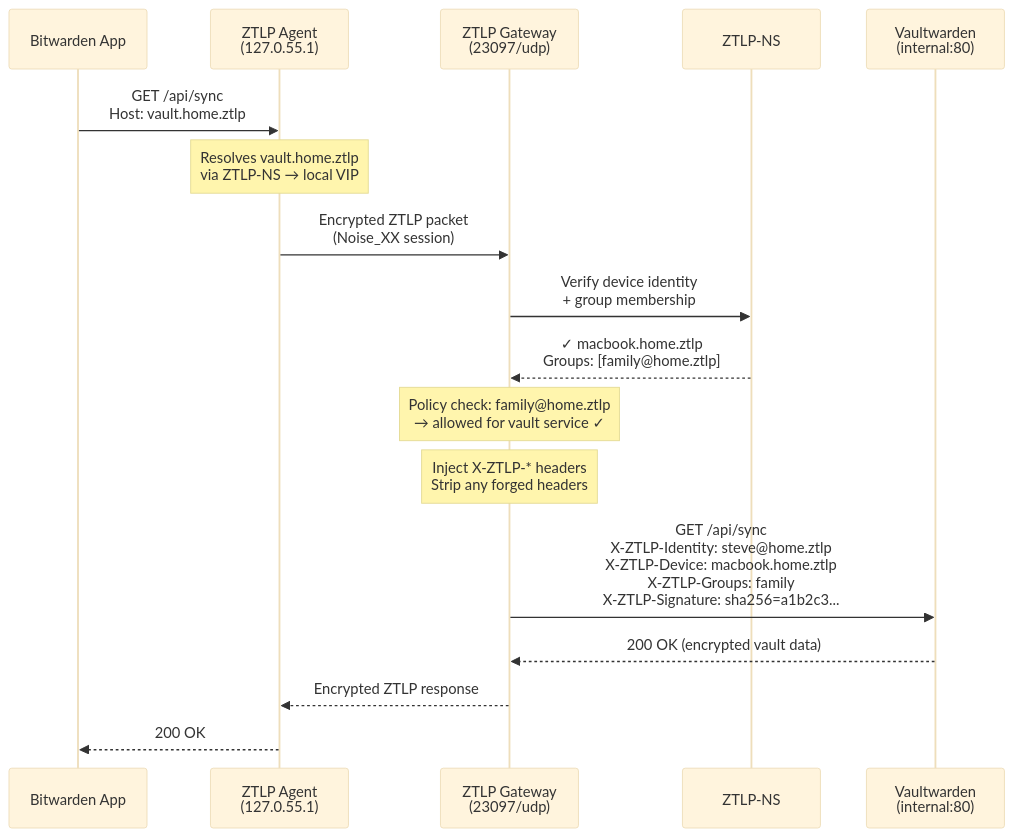
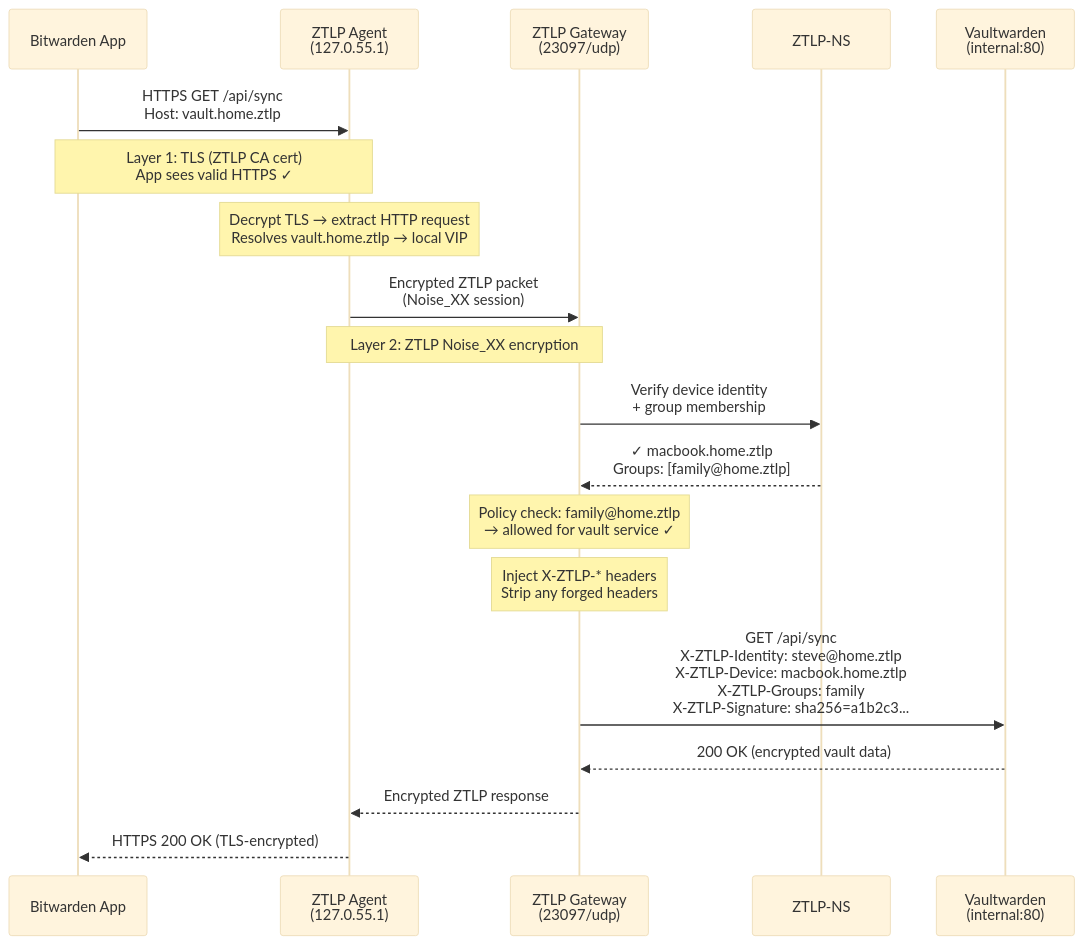
One commit to priceflex/ztlp changed the second of 6 diagrams in examples/vaultwarden/README.md. Above: the diagram before and after it, drawn with Mermaid (base theme). The commit also changed other lines of this file, not shown here.

Commit message:
docs: update Vaultwarden diagram — double encryption, relay in traffic flow, auto cert provisioning

````diff
--- a/examples/vaultwarden/README.md
+++ b/examples/vaultwarden/README.md
@@ -285,20 +316,22 @@
 ```mermaid
 sequenceDiagram
     participant BW as Bitwarden App
     participant Agent as ZTLP Agent<br/>(127.0.55.1)
     participant GW as ZTLP Gateway<br/>(23097/udp)
     participant NS as ZTLP-NS
     participant VW as Vaultwarden<br/>(internal:80)
 
-    BW->>Agent: GET /api/sync<br/>Host: vault.home.ztlp
-    Note over Agent: Resolves vault.home.ztlp<br/>via ZTLP-NS → local VIP
+    BW->>Agent: HTTPS GET /api/sync<br/>Host: vault.home.ztlp
+    Note over BW,Agent: Layer 1: TLS (ZTLP CA cert)<br/>App sees valid HTTPS ✓
+    Note over Agent: Decrypt TLS → extract HTTP request<br/>Resolves vault.home.ztlp → local VIP
     Agent->>GW: Encrypted ZTLP packet<br/>(Noise_XX session)
+    Note over Agent,GW: Layer 2: ZTLP Noise_XX encryption
     GW->>NS: Verify device identity<br/>+ group membership
     NS-->>GW: ✓ macbook.home.ztlp<br/>Groups: [family@home.ztlp]
     Note over GW: Policy check: family@home.ztlp<br/>→ allowed for vault service ✓
     Note over GW: Inject X-ZTLP-* headers<br/>Strip any forged headers
     GW->>VW: GET /api/sync<br/>X-ZTLP-Identity: steve@home.ztlp<br/>X-ZTLP-Device: macbook.home.ztlp<br/>X-ZTLP-Groups: family<br/>X-ZTLP-Signature: sha256=a1b2c3...
     VW-->>GW: 200 OK (encrypted vault data)
     GW-->>Agent: Encrypted ZTLP response
-    Agent-->>BW: 200 OK
+    Agent-->>BW: HTTPS 200 OK (TLS-encrypted)
 ```
````
